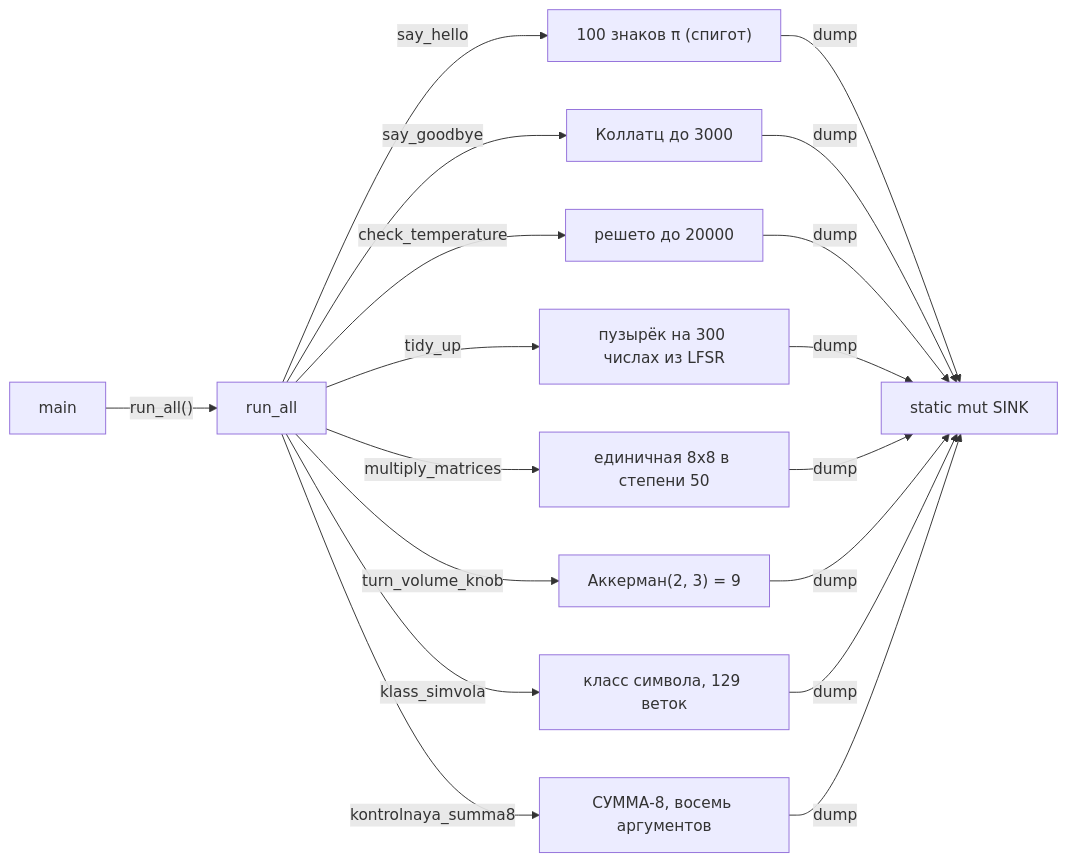
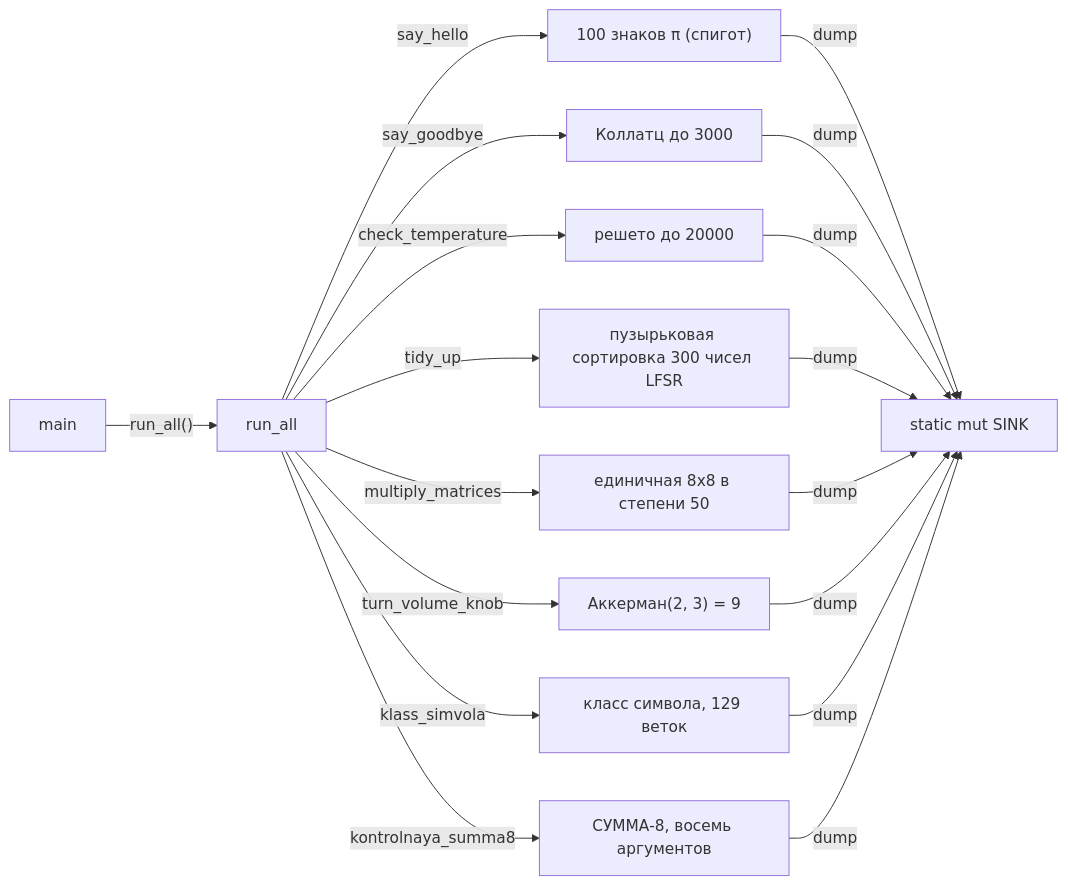
The tenth of 40 diagrams in чертежи.md (loki5512344ss/SummumOS), drawn with Mermaid before and after one commit. The commit also changed other lines of this file and 40 other files, not shown here.

````diff
--- a/чертежи.md
+++ b/чертежи.md
@@ -236,23 +239,23 @@
 ```mermaid
 graph LR
     main["main"] -->|"run_all()"| run["run_all"]
 
     run -->|"say_hello"| pi["100 знаков π (спигот)"]
     run -->|"say_goodbye"| col["Коллатц до 3000"]
     run -->|"check_temperature"| sieve["решето до 20000"]
-    run -->|"tidy_up"| sort["пузырёк на 300 числах из LFSR"]
+    run -->|"tidy_up"| sort["пузырьковая сортировка 300 чисел LFSR"]
     run -->|"multiply_matrices"| mat["единичная 8x8 в степени 50"]
     run -->|"turn_volume_knob"| ack["Аккерман(2, 3) = 9"]
     run -->|"klass_simvola"| klass["класс символа, 129 веток"]
     run -->|"kontrolnaya_summa8"| summa["СУММА-8, восемь аргументов"]
 
     pi -->|dump| sink["static mut SINK"]
     col -->|dump| sink
     sieve -->|dump| sink
     sort -->|dump| sink
     mat -->|dump| sink
     ack -->|dump| sink
     klass -->|dump| sink
     summa -->|dump| sink
 
 ```
````
